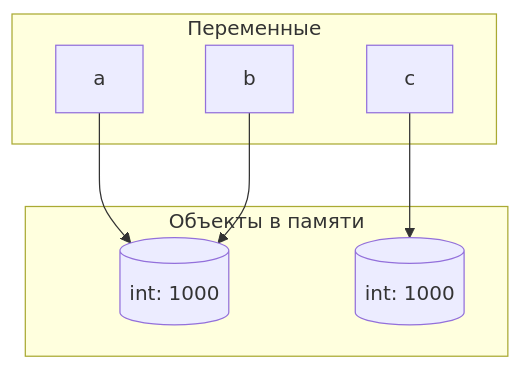
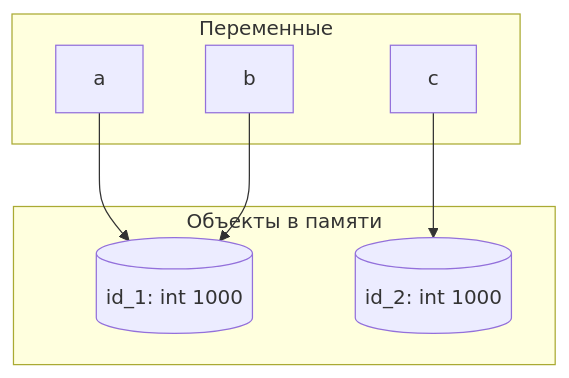
Before and after one commit to atsa-tech/Programming-Basic.-Lab-Work: the first of 2 diagrams in lab1/REPORT.md, drawn with Mermaid. The commit also changed other lines of this file, not shown here.

````diff
--- a/lab1/REPORT.md
+++ b/lab1/REPORT.md
@@ -54,17 +100,17 @@
 ```mermaid
 graph TD
     subgraph Переменные
         name_a[a]
         name_b[b]
         name_c[c]
     end
 
     subgraph Объекты в памяти
-        obj_1[(int: 1000)]
-        obj_2[(int: 1000)]
+        obj_1[(id_1: int 1000)]
+        obj_2[(id_2: int 1000)]
     end
 
     name_a --> obj_1
     name_b --> obj_1
     name_c --> obj_2
 ```
````
